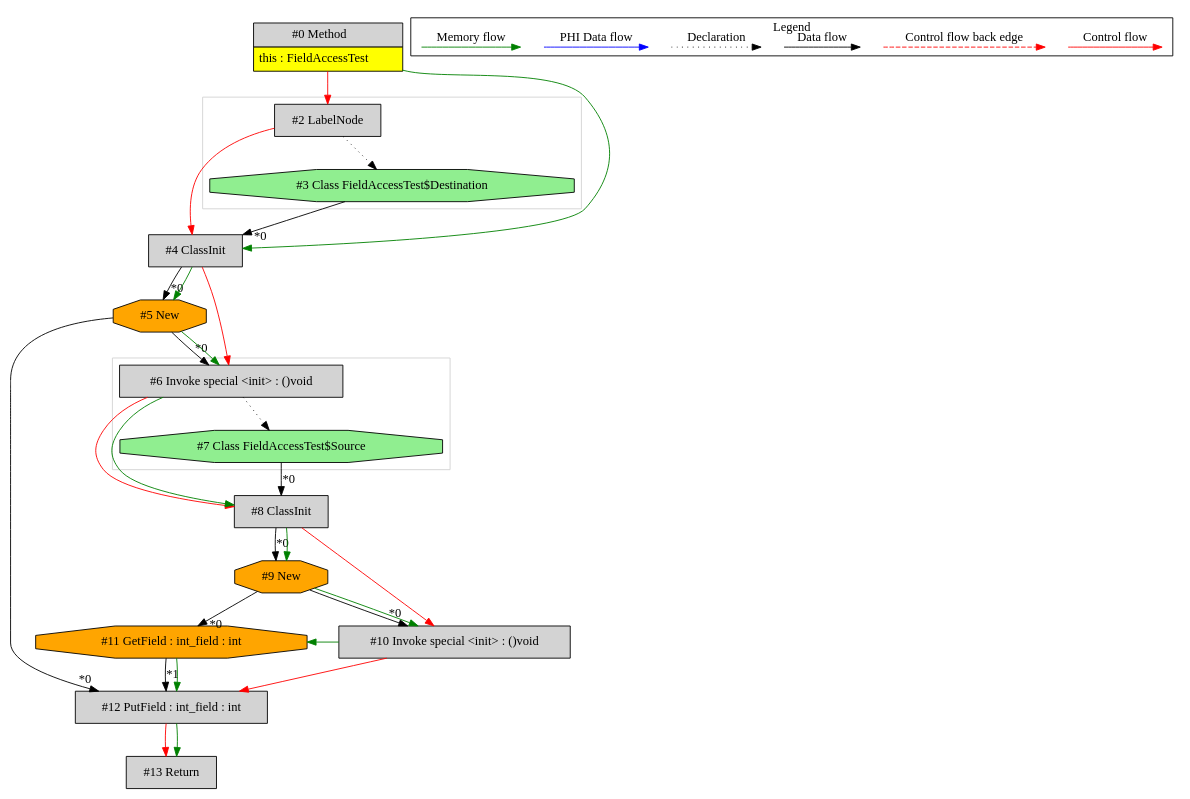
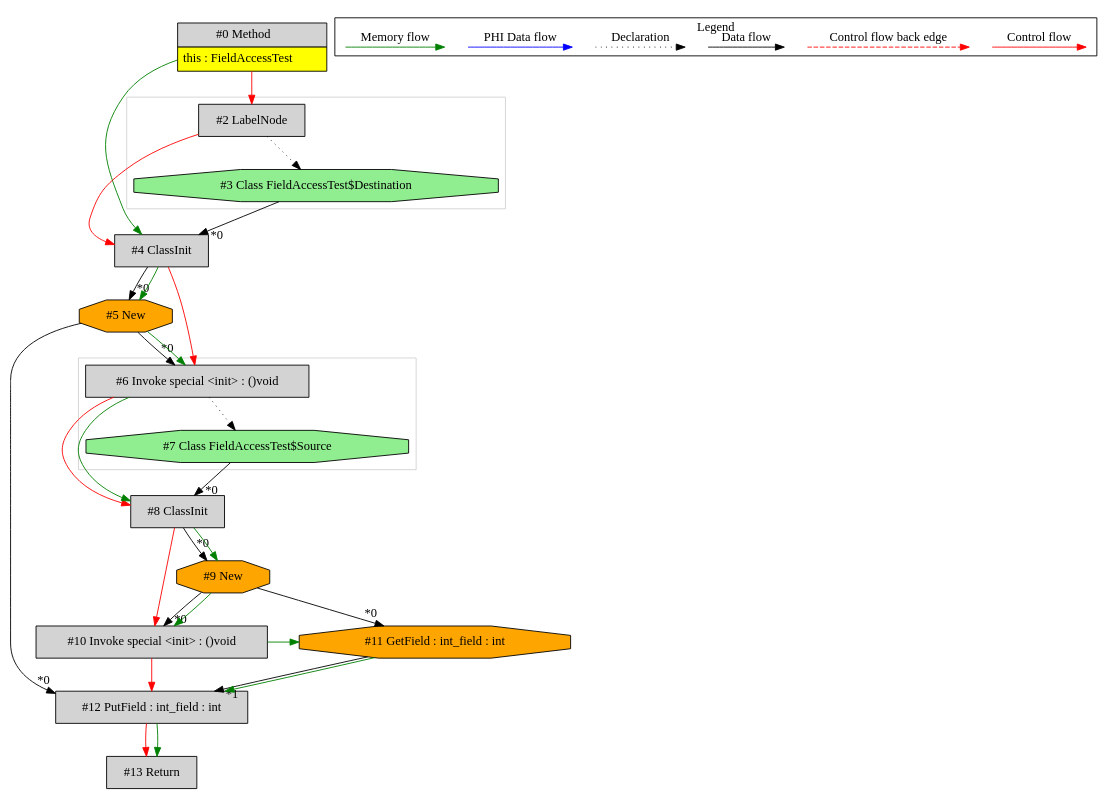
The diagram in de.mirkosertic.metair.ir.examples.FieldAccessTest/copy_int/ir.dot (mirkosertic/MetaIR), drawn with Graphviz before and after one commit. The commit also changed other lines of this file and 1231 other files, not shown here.

```diff
--- a/de.mirkosertic.metair.ir.examples.FieldAccessTest/copy_int/ir.dot
+++ b/de.mirkosertic.metair.ir.examples.FieldAccessTest/copy_int/ir.dot
@@ -1,79 +1,79 @@
 digraph {
  ordering="in";
  node0[margin="0", label=<<table border="0" cellborder="1" cellspacing="0" cellpadding="5"><tr><td colspan="1">#0 Method</td></tr><tr><td port="prj1" bgcolor="yellow">this : FieldAccessTest</td></tr></table>>,shape=none, fillcolor=lightgrey, style=filled];
+ node4[label="#4 ClassInit",shape=box, fillcolor=lightgrey, style=filled];
+ node3 -> node4[headlabel="*0", labeldistance=2];
+ node2 -> node4[labeldistance=2, color=red, fontcolor=red];
+ node0 -> node4[labeldistance=2, color=green, constraint=false];
  node2[label="#2 LabelNode",shape=box, fillcolor=lightgrey, style=filled];
  node0 -> node2[labeldistance=2, color=red, fontcolor=red];
  node3[label="#3 Class FieldAccessTest$Destination",shape=octagon, fillcolor=lightgreen, style=filled];
  node2 -> node3[style=dotted];
- node4[label="#4 ClassInit",shape=box, fillcolor=lightgrey, style=filled];
- node3 -> node4[headlabel="*0", labeldistance=2];
- node2 -> node4[labeldistance=2, color=red, fontcolor=red];
- node0 -> node4[labeldistance=2, color=green, constraint=false];
  node5[label="#5 New",shape=octagon, fillcolor=orange, style=filled];
  node4 -> node5[headlabel="*0", labeldistance=2];
  node4 -> node5[labeldistance=2, color=green, constraint=false];
- node12[label="#12 PutField : int_field : int",shape=box, fillcolor=lightgrey, style=filled];
- node5 -> node12[headlabel="*0", labeldistance=2];
- node11 -> node12[headlabel="*1", labeldistance=2];
- node11 -> node12[labeldistance=2, color=green, constraint=false];
- node10 -> node12[labeldistance=2, color=red, fontcolor=red];
- node10[label="#10 Invoke special <init> : ()void",shape=box, fillcolor=lightgrey, style=filled];
- node9 -> node10[headlabel="*0", labeldistance=2];
- node8 -> node10[labeldistance=2, color=red, fontcolor=red];
- node9 -> node10[labeldistance=2, color=green, constraint=false];
- node9[label="#9 New",shape=octagon, fillcolor=orange, style=filled];
- node8 -> node9[headlabel="*0", labeldistance=2];
- node8 -> node9[labeldistance=2, color=green, constraint=false];
- node8[label="#8 ClassInit",shape=box, fillcolor=lightgrey, style=filled];
- node7 -> node8[headlabel="*0", labeldistance=2];
- node6 -> node8[labeldistance=2, color=red, fontcolor=red];
- node6 -> node8[labeldistance=2, color=green, constraint=false];
  node6[label="#6 Invoke special <init> : ()void",shape=box, fillcolor=lightgrey, style=filled];
  node5 -> node6[headlabel="*0", labeldistance=2];
  node4 -> node6[labeldistance=2, color=red, fontcolor=red];
  node5 -> node6[labeldistance=2, color=green, constraint=false];
  node7[label="#7 Class FieldAccessTest$Source",shape=octagon, fillcolor=lightgreen, style=filled];
  node6 -> node7[style=dotted];
+ node8[label="#8 ClassInit",shape=box, fillcolor=lightgrey, style=filled];
+ node7 -> node8[headlabel="*0", labeldistance=2];
+ node6 -> node8[labeldistance=2, color=red, fontcolor=red];
+ node6 -> node8[labeldistance=2, color=green, constraint=false];
+ node9[label="#9 New",shape=octagon, fillcolor=orange, style=filled];
+ node8 -> node9[headlabel="*0", labeldistance=2];
+ node8 -> node9[labeldistance=2, color=green, constraint=false];
  node11[label="#11 GetField : int_field : int",shape=octagon, fillcolor=orange, style=filled];
  node9 -> node11[headlabel="*0", labeldistance=2];
  node10 -> node11[labeldistance=2, color=green, constraint=false];
+ node10[label="#10 Invoke special <init> : ()void",shape=box, fillcolor=lightgrey, style=filled];
+ node9 -> node10[headlabel="*0", labeldistance=2];
+ node8 -> node10[labeldistance=2, color=red, fontcolor=red];
+ node9 -> node10[labeldistance=2, color=green, constraint=false];
+ node12[label="#12 PutField : int_field : int",shape=box, fillcolor=lightgrey, style=filled];
+ node5 -> node12[headlabel="*0", labeldistance=2];
+ node11 -> node12[headlabel="*1", labeldistance=2];
+ node11 -> node12[labeldistance=2, color=green, constraint=false];
+ node10 -> node12[labeldistance=2, color=red, fontcolor=red];
  node13[label="#13 Return",shape=box, fillcolor=lightgrey, style=filled];
  node12 -> node13[labeldistance=2, color=red, fontcolor=red];
  node12 -> node13[labeldistance=2, color=green, constraint=false];
  subgraph cluster_0 {
   color=lightgray;
   node6;
   node7;
  }
  subgraph cluster_1 {
   color=lightgray;
   node2;
   node3;
  }
  subgraph cluster_000 {
   label = "Legend";
   node [shape=point]
   {
    rank=same;
    c0 [style = invis];
    c1 [style = invis];
    c2 [style = invis];
    c3 [style = invis];
    d0 [style = invis];
    d1 [style = invis];
    d2 [style = invis];
    d3 [style = invis];
    d4 [style = invis];
    d5 [style = invis];
    d6 [style = invis];
    d7 [style = invis];
   }
   c0 -> c1 [label="Control flow", style=solid, color=red]
   c2 -> c3 [label="Control flow back edge", style=dashed, color=red]
   d0 -> d1 [label="Data flow"]
   d2 -> d3 [label="Declaration", style=dotted]
   d4 -> d5 [label="PHI Data flow", color=blue]
   d6 -> d7 [label="Memory flow", color=green]
  }
 
 }
```
